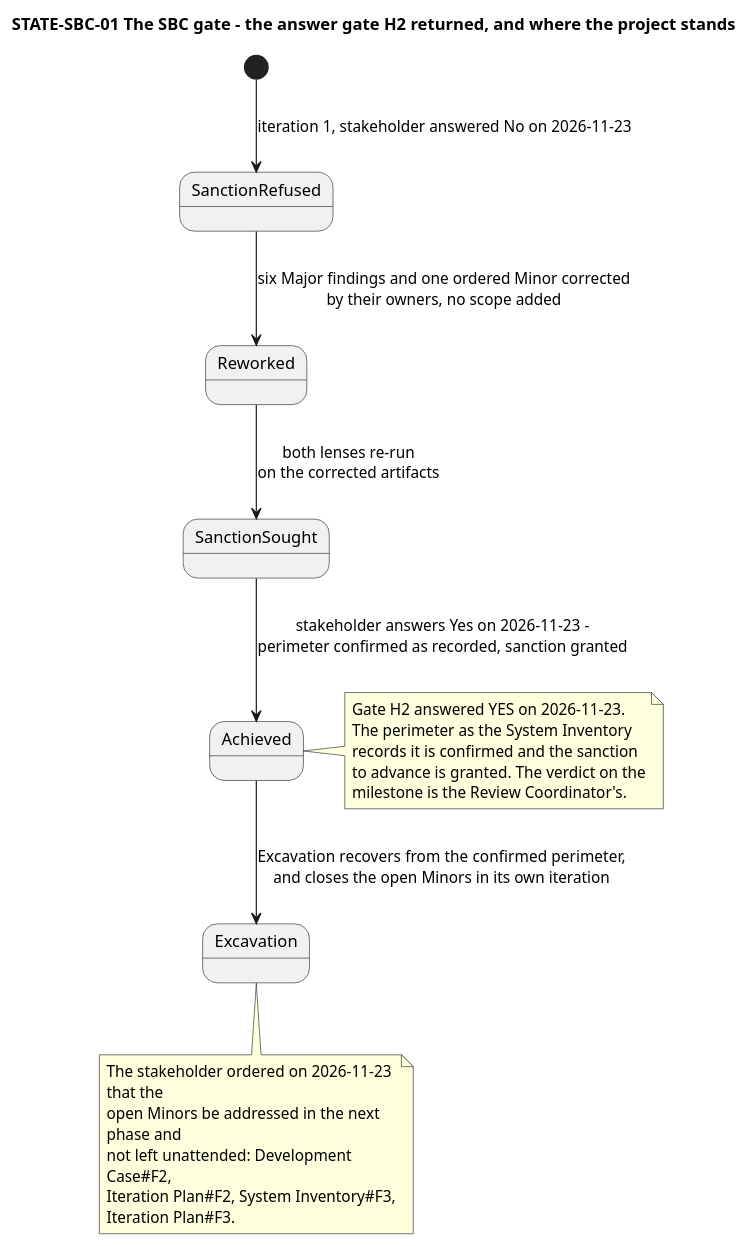
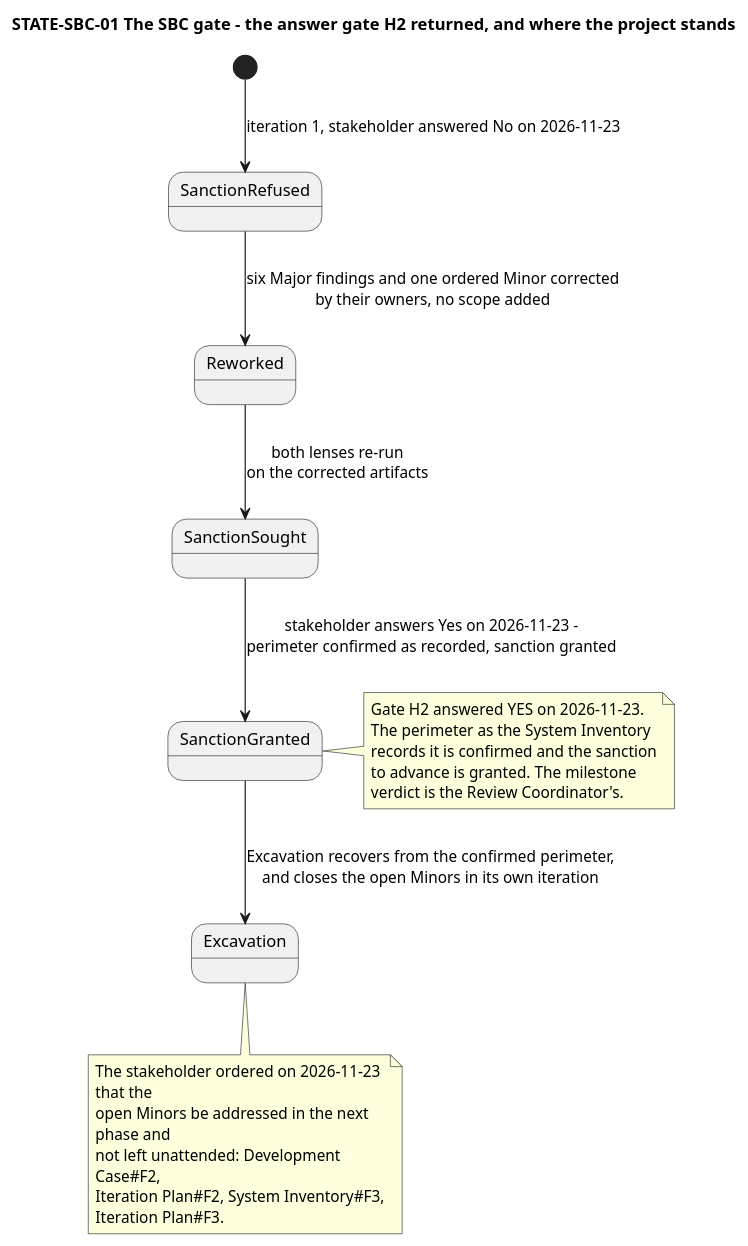
Diagram 11 of 13 in docs/artifacts/project-management/review-record.md (banense-test/TodoApp), drawn with PlantUML before and after one commit. The commit also changed other lines of this file, not shown here.

Commit message:
Management Reviewer [Survey2]: upsert Review Record
[skip ci]

````diff
--- a/docs/artifacts/project-management/review-record.md
+++ b/docs/artifacts/project-management/review-record.md
@@ -912,29 +912,29 @@
 ```plantuml
 @startuml
 title STATE-SBC-01 The SBC gate - the answer gate H2 returned, and where the project stands
 
 skinparam shadowing false
 skinparam wrapWidth 250
 
 [*] --> SanctionRefused : iteration 1, stakeholder answered No on 2026-11-23
 SanctionRefused --> Reworked : six Major findings and one ordered Minor corrected\nby their owners, no scope added
 Reworked --> SanctionSought : both lenses re-run\non the corrected artifacts
-SanctionSought --> Achieved : stakeholder answers Yes on 2026-11-23 -\nperimeter confirmed as recorded, sanction granted
-Achieved --> Excavation : Excavation recovers from the confirmed perimeter,\nand closes the open Minors in its own iteration
+SanctionSought --> SanctionGranted : stakeholder answers Yes on 2026-11-23 -\nperimeter confirmed as recorded, sanction granted
+SanctionGranted --> Excavation : Excavation recovers from the confirmed perimeter,\nand closes the open Minors in its own iteration
 
-note right of Achieved
+note right of SanctionGranted
   Gate H2 answered YES on 2026-11-23.
   The perimeter as the System Inventory
   records it is confirmed and the sanction
-  to advance is granted. The verdict on the
-  milestone is the Review Coordinator's.
+  to advance is granted. The milestone
+  verdict is the Review Coordinator's.
 end note
 note bottom of Excavation
   The stakeholder ordered on 2026-11-23 that the
   open Minors be addressed in the next phase and
   not left unattended: Development Case#F2,
   Iteration Plan#F2, System Inventory#F3,
   Iteration Plan#F3.
 end note
 @enduml
 ```
````
